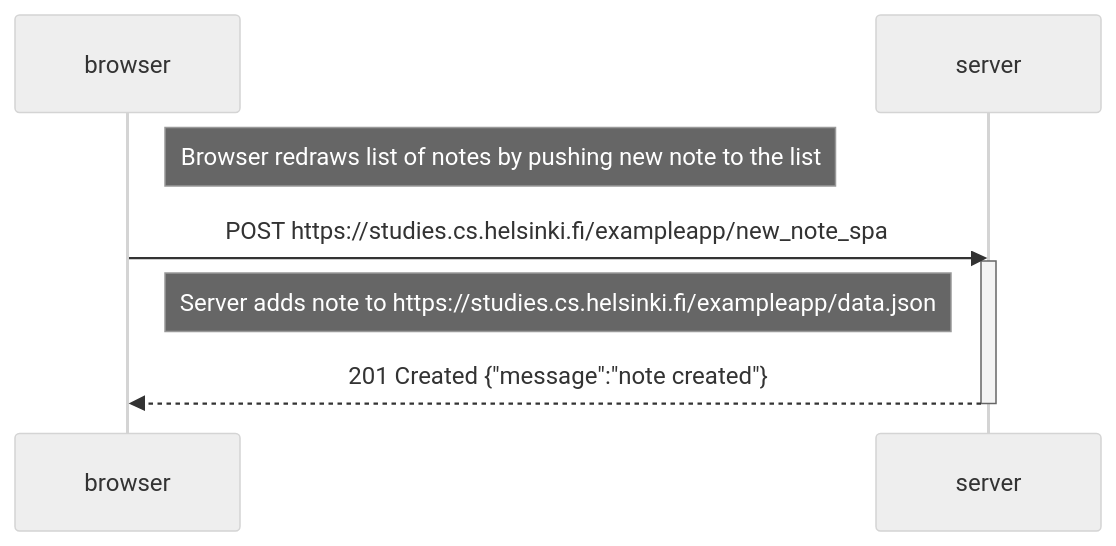
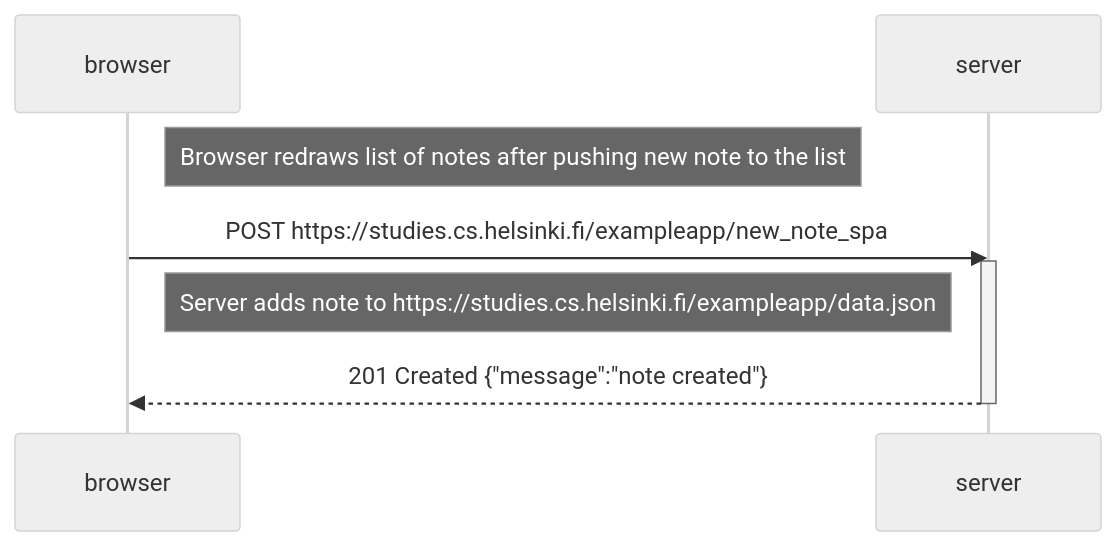
One commit to pmoilane/fullstack changed the diagram in osa0/6_uusi_muistiinpano_SPA.md. Above: the diagram before and after it, drawn with Mermaid (neutral theme).

Commit message:
Update note description in sequence diagram

````diff
--- a/osa0/6_uusi_muistiinpano_SPA.md
+++ b/osa0/6_uusi_muistiinpano_SPA.md
@@ -1,14 +1,13 @@
 ```mermaid
 sequenceDiagram
     participant browser
     participant server
 
-    Note right of browser: Browser redraws list of notes by pushing new note to the list
-
+    Note right of browser: Browser redraws list of notes after pushing new note to the list
     browser->>server: POST https://studies.cs.helsinki.fi/exampleapp/new_note_spa
     activate server
     Note left of server: Server adds note to https://studies.cs.helsinki.fi/exampleapp/data.json
     server-->>browser: 201 Created {"message":"note created"}
     deactivate server
 
 ```
````
